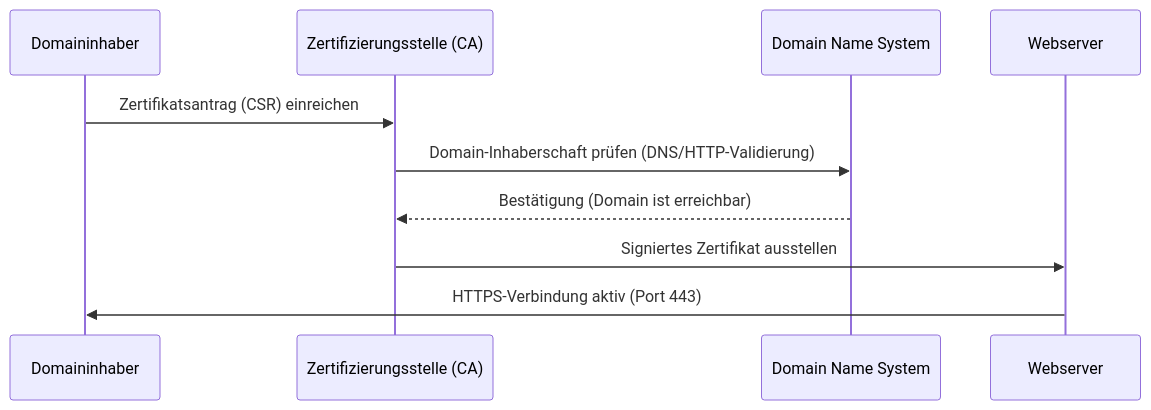
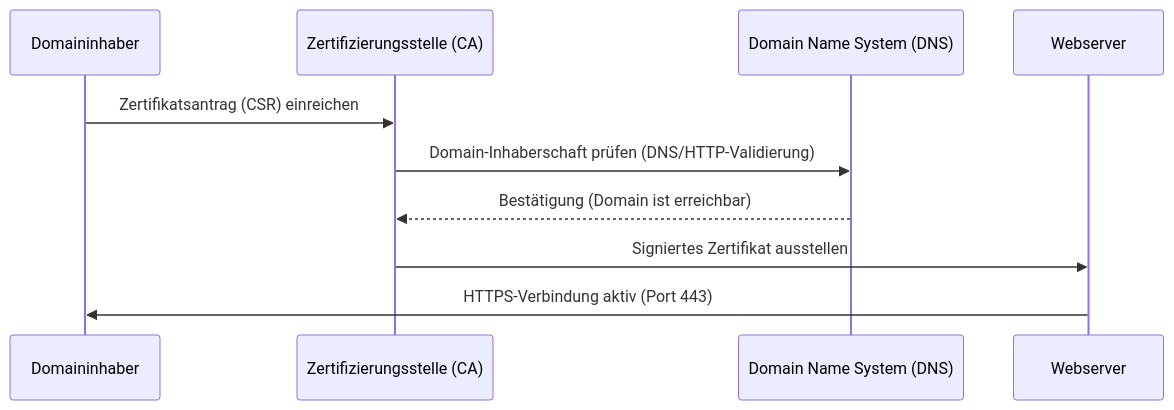
Before and after one commit to Mengyuuuuuuu/wang.ist-site: the first of 2 diagrams in notes/SSL-Zertifikate-Prinzip-und-Ausstellung.md, drawn with Mermaid. The commit also changed other lines of this file and 8 other files, not shown here.

Commit message:
Fix Mermaid diagrams and update documentation

````diff
--- a/notes/SSL-Zertifikate-Prinzip-und-Ausstellung.md
+++ b/notes/SSL-Zertifikate-Prinzip-und-Ausstellung.md
@@ -42,13 +42,8 @@
 ```mermaid
 sequenceDiagram
-    participant User as Domaininhaber
-    participant CA as Zertifizierungsstelle (CA)
-    participant DNS as Domain Name System
-    participant Server as Webserver
-
-    User->>CA: Zertifikatsantrag (CSR) einreichen
-    CA->>DNS: Domain-Inhaberschaft prüfen (DNS/HTTP-Validierung)
-    DNS-->>CA: Bestätigung (Domain ist erreichbar)
-    CA->>Server: Signiertes Zertifikat ausstellen
-    Server->>User: HTTPS-Verbindung aktiv (Port 443)
+    Domaininhaber->>Zertifizierungsstelle (CA): Zertifikatsantrag (CSR) einreichen
+    Zertifizierungsstelle (CA)->>Domain Name System (DNS): Domain-Inhaberschaft prüfen (DNS/HTTP-Validierung)
+    Domain Name System (DNS)-->>Zertifizierungsstelle (CA): Bestätigung (Domain ist erreichbar)
+    Zertifizierungsstelle (CA)->>Webserver: Signiertes Zertifikat ausstellen
+    Webserver->>Domaininhaber: HTTPS-Verbindung aktiv (Port 443)
 ```
````
